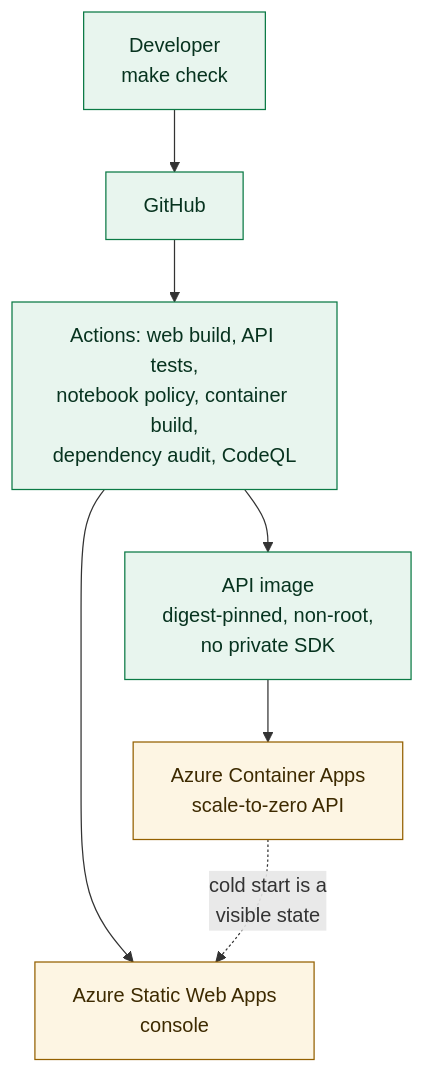
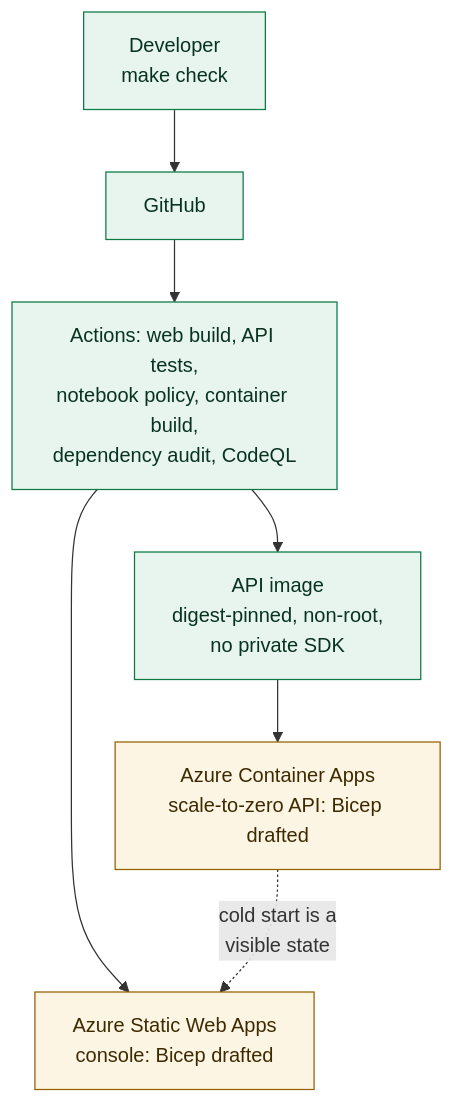
The seventh of 7 diagrams in docs/architecture/system-architecture.md (ags911/fraud-compliance-agent), drawn with Mermaid before and after one commit. The commit also changed other lines of this file and 10 other files, not shown here.

````diff
--- a/docs/architecture/system-architecture.md
+++ b/docs/architecture/system-architecture.md
@@ -317,12 +317,12 @@
 ```mermaid
 flowchart TB
     classDef built fill:#e8f5ee,stroke:#0b7a45,color:#07331f
     classDef planned fill:#fdf5e3,stroke:#946000,color:#3d2a00
 
     dev["Developer<br/>make check"]:::built --> gh["GitHub"]:::built --> ci["Actions: web build, API tests,<br/>notebook policy, container build,<br/>dependency audit, CodeQL"]:::built
 
     ci --> image["API image<br/>digest-pinned, non-root,<br/>no private SDK"]:::built
-    ci --> swa["Azure Static Web Apps<br/>console"]:::planned
-    image --> aca["Azure Container Apps<br/>scale-to-zero API"]:::planned
+    ci --> swa["Azure Static Web Apps<br/>console: Bicep drafted"]:::planned
+    image --> aca["Azure Container Apps<br/>scale-to-zero API: Bicep drafted"]:::planned
     aca -. "cold start is a<br/>visible state" .-> swa
 ```
````
